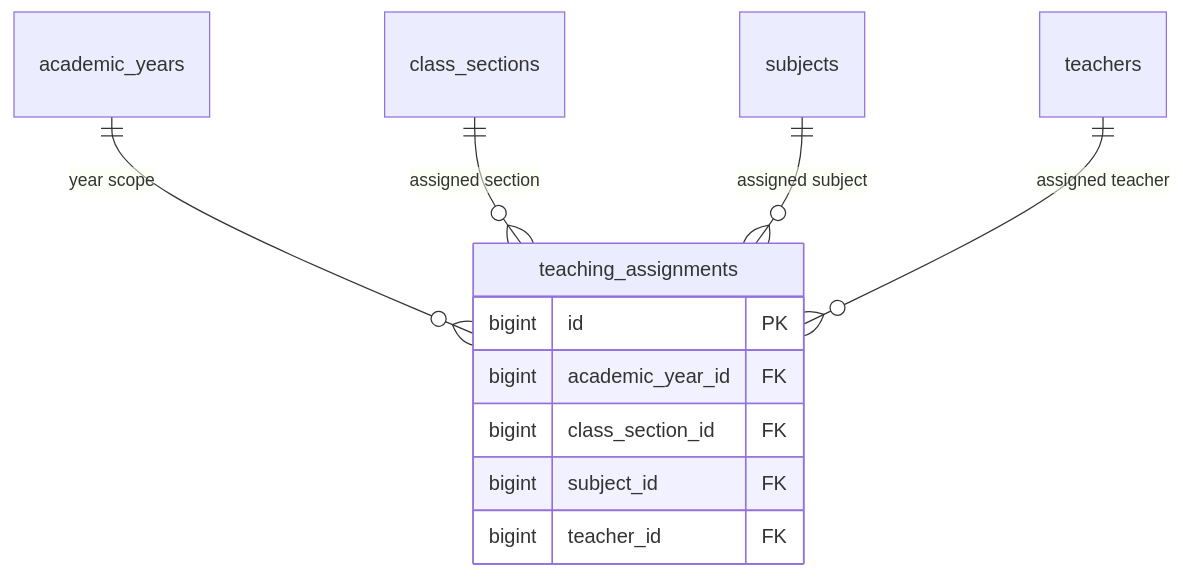
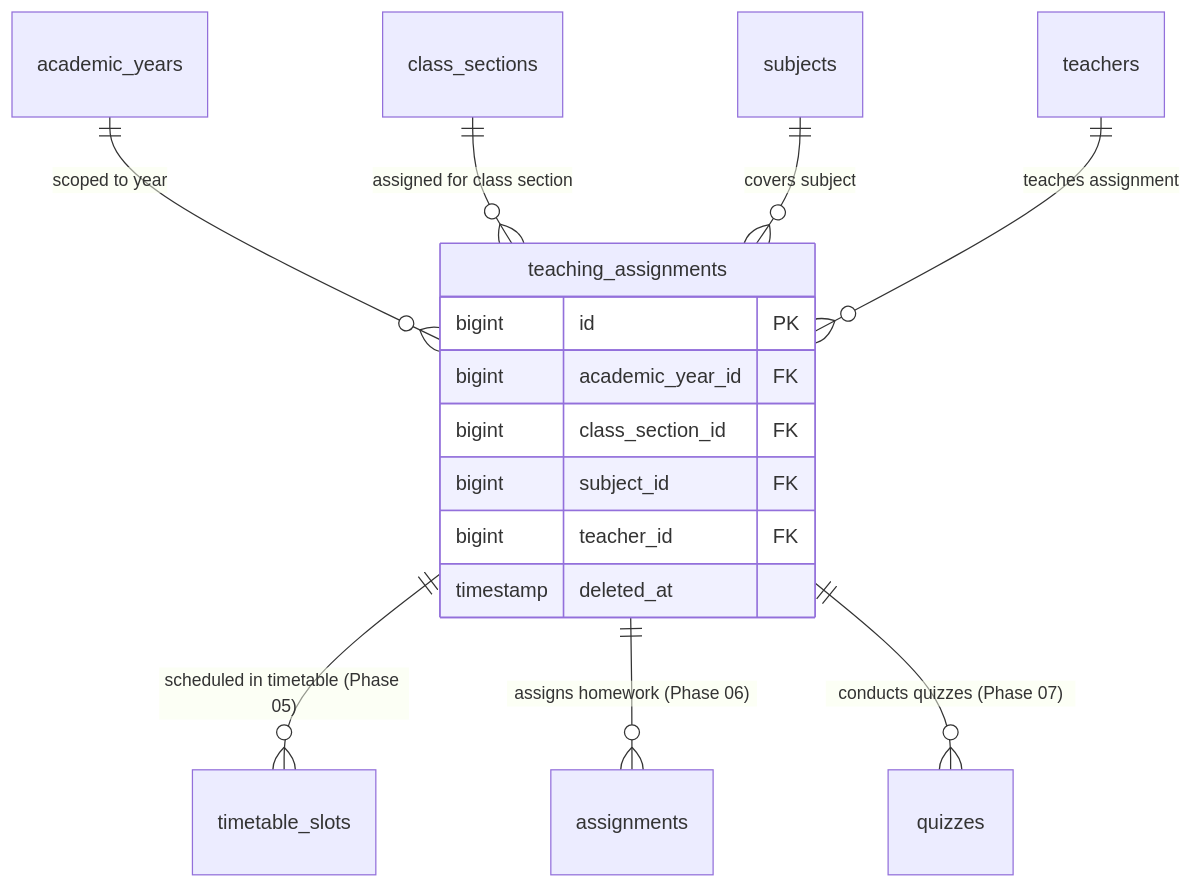
One commit to alalemusa98-ctrl/Taqniya-SMS changed the diagram in MD/phases/phase_03_teachers_assignments_b/data.md. Above: the diagram before and after it, drawn with Mermaid. The commit also changed other lines of this file and 7 other files, not shown here.

Commit message:
phase_03_teachers_assignments_b

````diff
--- a/MD/phases/phase_03_teachers_assignments_b/data.md
+++ b/MD/phases/phase_03_teachers_assignments_b/data.md
@@ -42,15 +54,20 @@
 ```mermaid
 erDiagram
-    academic_years ||--o{ teaching_assignments : "year scope"
-    class_sections ||--o{ teaching_assignments : "assigned section"
-    subjects ||--o{ teaching_assignments : "assigned subject"
-    teachers ||--o{ teaching_assignments : "assigned teacher"
+    academic_years ||--o{ teaching_assignments : "scoped to year"
+    class_sections ||--o{ teaching_assignments : "assigned for class section"
+    subjects ||--o{ teaching_assignments : "covers subject"
+    teachers ||--o{ teaching_assignments : "teaches assignment"
+
+    teaching_assignments ||--o{ timetable_slots : "scheduled in timetable (Phase 05)"
+    teaching_assignments ||--o{ assignments : "assigns homework (Phase 06)"
+    teaching_assignments ||--o{ quizzes : "conducts quizzes (Phase 07)"
 
     teaching_assignments {
         bigint id PK
         bigint academic_year_id FK
         bigint class_section_id FK
         bigint subject_id FK
         bigint teacher_id FK
+        timestamp deleted_at
     }
 ```
````
